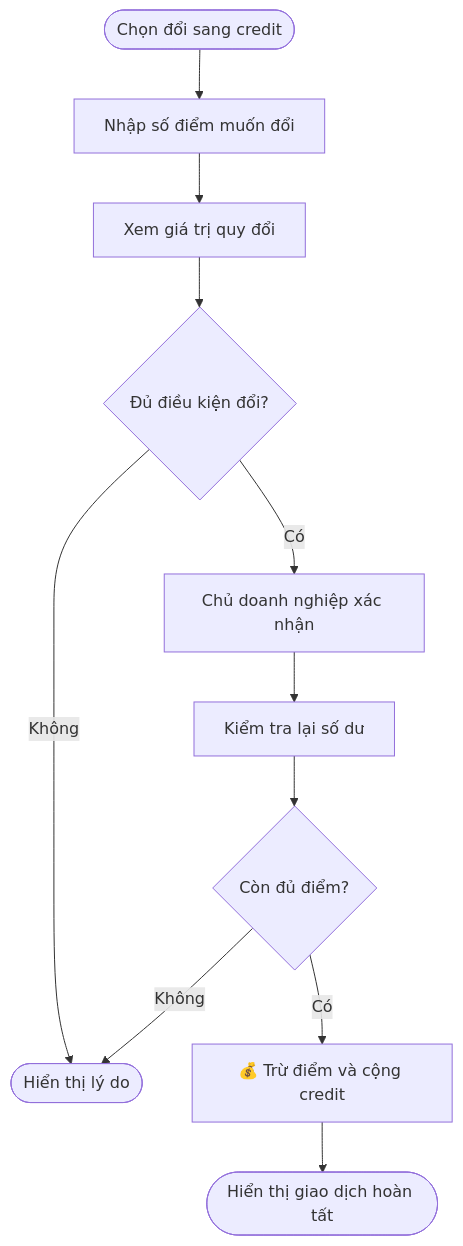
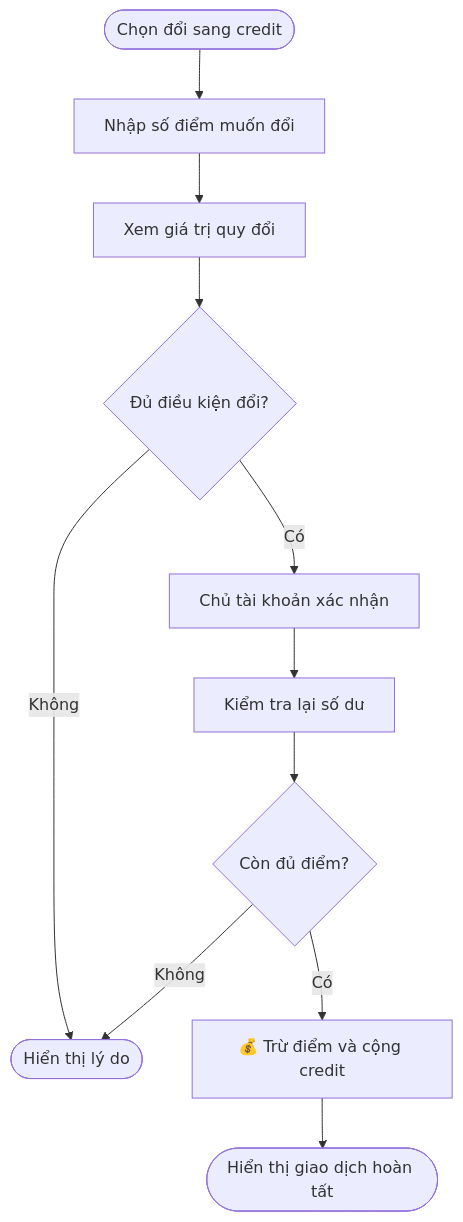
The third of 9 diagrams in nexora/docs/business/business-oneqr-earnings.md (vlink-group/VlinkPay), drawn with Mermaid before and after one commit. The commit also changed other lines of this file, not shown here.

Commit message:
docs(1599): mở phạm vi OneQR cho cá nhân và doanh nghiệp

````diff
--- a/nexora/docs/business/business-oneqr-earnings.md
+++ b/nexora/docs/business/business-oneqr-earnings.md
@@ -162,13 +163,13 @@
 ```mermaid
 flowchart TD
     A([Chọn đổi sang credit]) --> B[Nhập số điểm muốn đổi]
     B --> C[Xem giá trị quy đổi]
     C --> D{Đủ điều kiện đổi?}
     D -- Không --> E([Hiển thị lý do])
-    D -- Có --> F[Chủ doanh nghiệp xác nhận]
+    D -- Có --> F[Chủ tài khoản xác nhận]
     F --> G[Kiểm tra lại số dư]
     G --> H{Còn đủ điểm?}
     H -- Không --> E
     H -- Có --> I[💰 Trừ điểm và cộng credit]
     I --> J([Hiển thị giao dịch hoàn tất])
 ```
````
